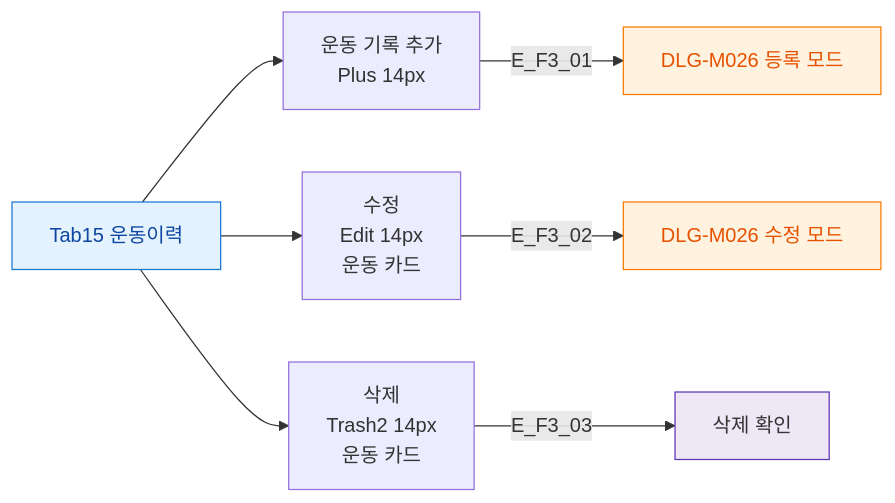
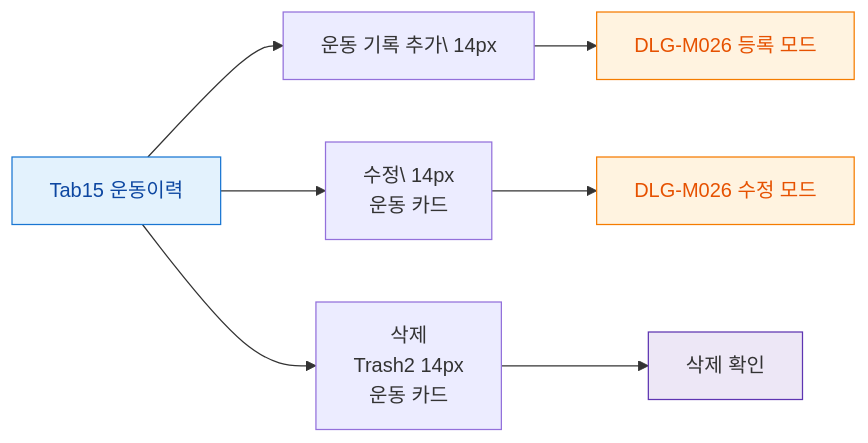
One commit to dev-spogym/admin-pando changed the diagram in docs/다이어그램/D02_회원관리/SCR-M004_회원상세/Tab15_운동이력/F3_버튼액션.md. Above: the diagram before and after it, drawn with Mermaid. The commit also changed other lines of this file and 1660 other files, not shown here.

First line of the commit message:
다이어그램: 기획자/클라이언트 납품본으로 정리

````diff
--- a/docs/다이어그램/D02_회원관리/SCR-M004_회원상세/Tab15_운동이력/F3_버튼액션.md
+++ b/docs/다이어그램/D02_회원관리/SCR-M004_회원상세/Tab15_운동이력/F3_버튼액션.md
@@ -22,17 +20,17 @@
 ```mermaid
 flowchart LR
-  TAB[Tab15 운동이력] --> B1[운동 기록 추가\nPlus 14px]
-  TAB --> B2[수정\nEdit 14px\n운동 카드]
+  TAB[Tab15 운동이력] --> B1[운동 기록 추가\ 14px]
+  TAB --> B2[수정\ 14px\n운동 카드]
   TAB --> B3[삭제\nTrash2 14px\n운동 카드]
 
-  B1 -->|E_F3_01| DLG_M026[DLG-M026 등록 모드]
-  B2 -->|E_F3_02| EDIT_DLG[DLG-M026 수정 모드]
-  B3 -->|E_F3_03| DEL_CONFIRM[삭제 확인]
+  B1 --> DLG_M026[DLG-M026 등록 모드]
+  B2 --> EDIT_DLG[DLG-M026 수정 모드]
+  B3 --> DEL_CONFIRM[삭제 확인]
 
   classDef screen fill:#E3F2FD,stroke:#1976D2,color:#0D47A1
   classDef modal fill:#FFF3E0,stroke:#F57C00,color:#E65100
   classDef system fill:#EDE7F6,stroke:#5E35B2
   class TAB screen
   class DLG_M026,EDIT_DLG modal
   class DEL_CONFIRM system
 ```
````
